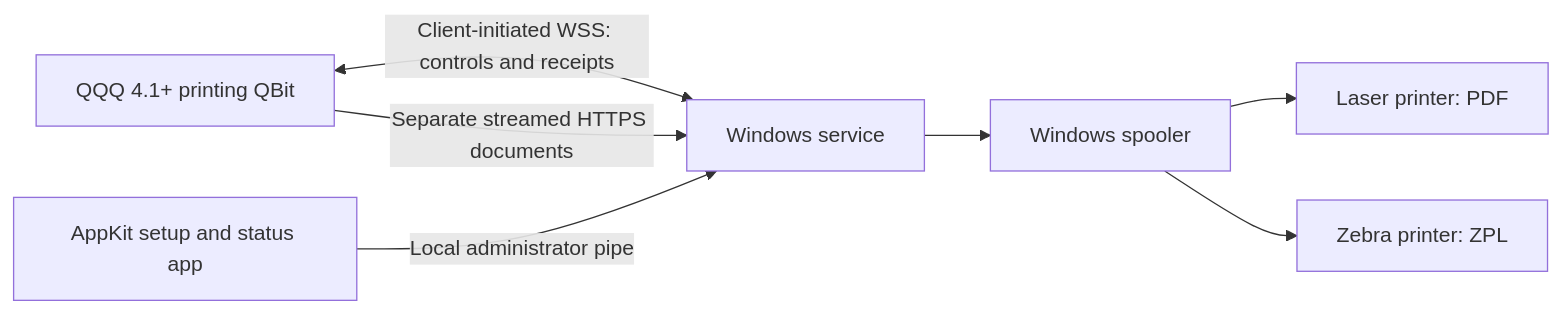
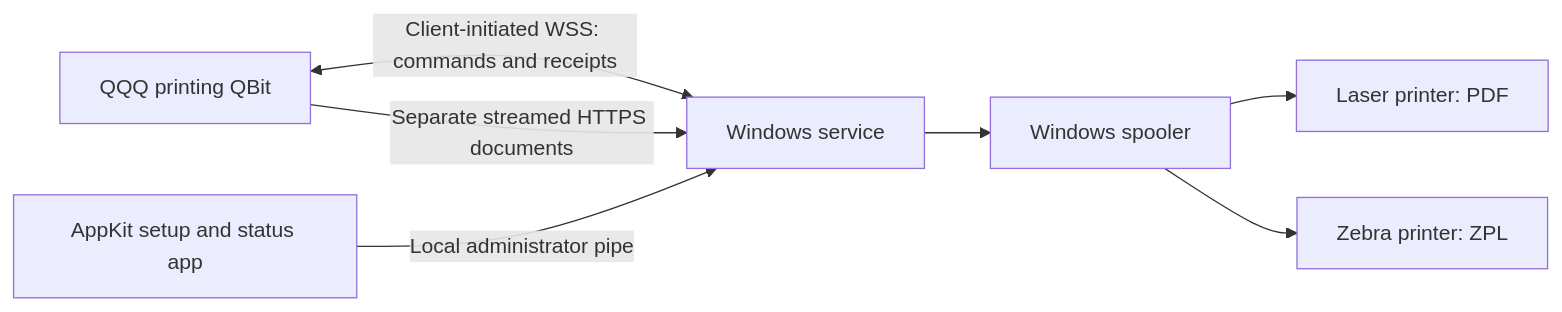
The diagram in README.md (QRun-IO/qqq-print-agent), drawn with Mermaid before and after one commit. The commit also changed other lines of this file and 21 other files, not shown here.

````diff
--- a/README.md
+++ b/README.md
@@ -55,9 +38,9 @@
 ```mermaid
 flowchart LR
-  Q[QQQ 4.1+ printing QBit] <-->|Client-initiated WSS: controls and receipts| S[Windows service]
+  Q[QQQ printing QBit] <-->|Client-initiated WSS: commands and receipts| S[Windows service]
   Q -->|Separate streamed HTTPS documents| S
   U[AppKit setup and status app] -->|Local administrator pipe| S
   S --> W[Windows spooler]
   W --> L[Laser printer: PDF]
   W --> Z[Zebra printer: ZPL]
 ```
````
